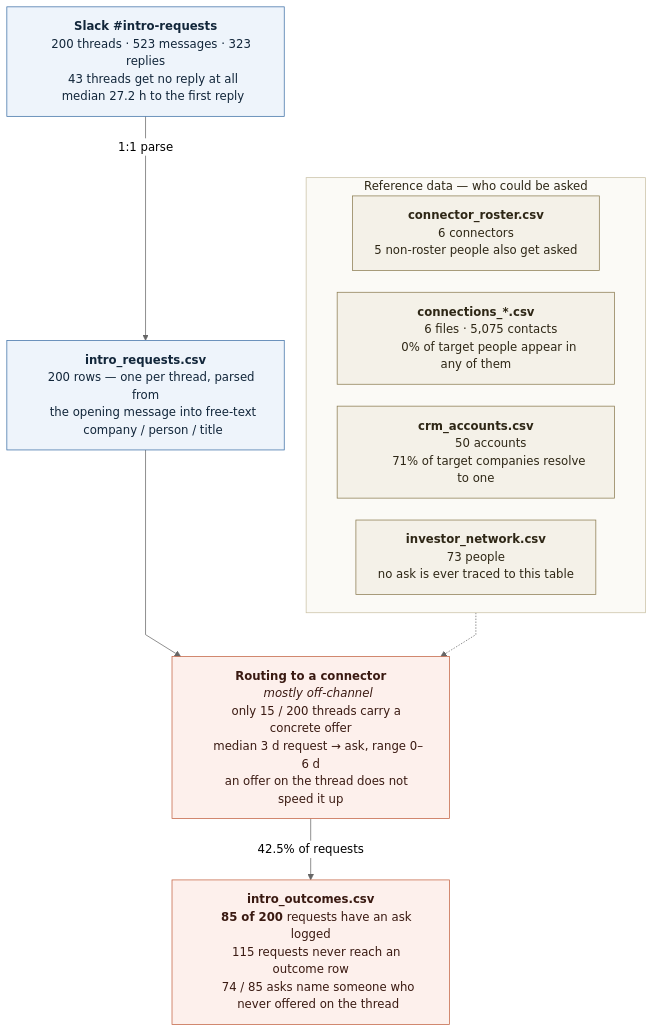
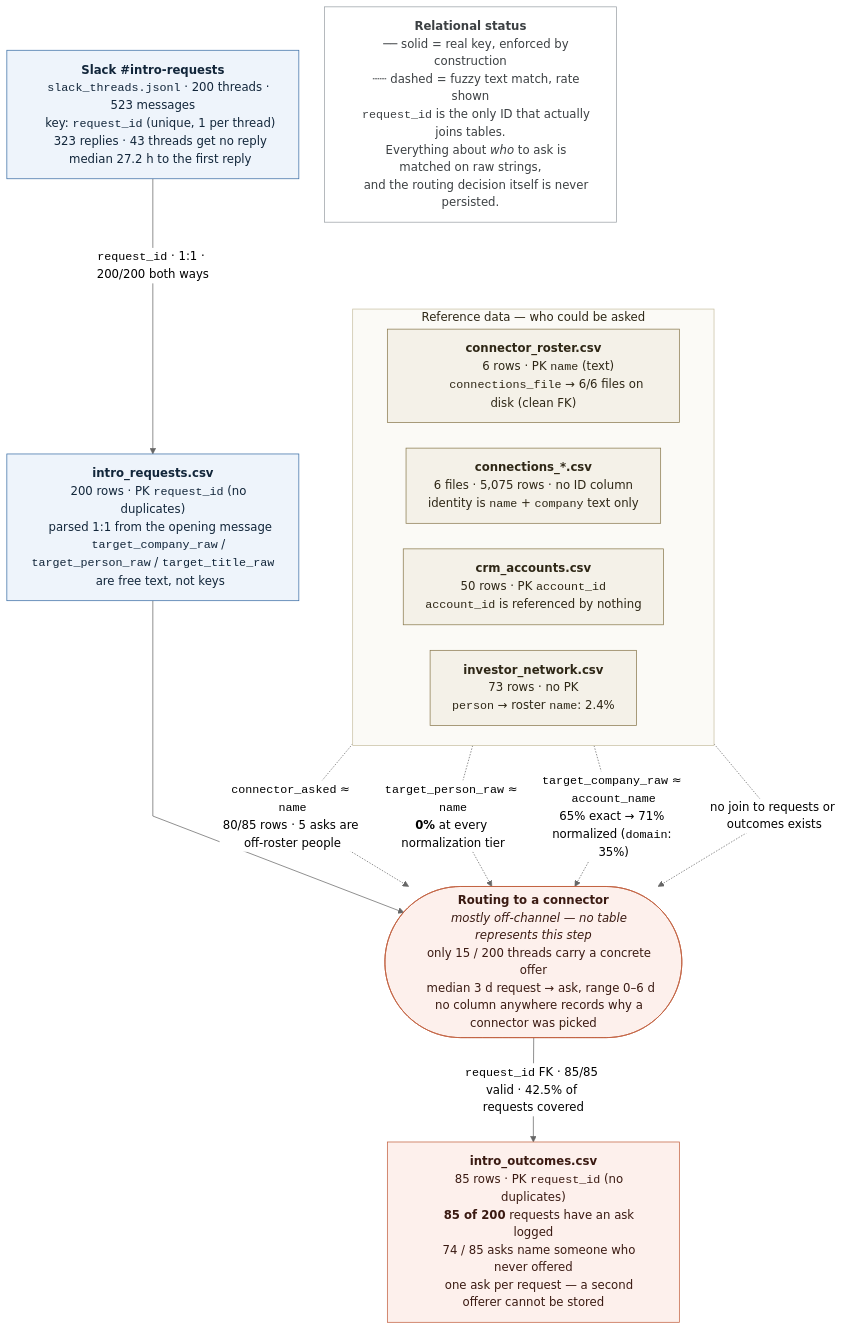
Before and after one commit to veraaw/projecthalyard: the diagram in scoping/routing_flow.mmd, drawn with Mermaid. The commit also changed 2 other files, not shown here.

Commit message:
Annotate routing flow with keys, cardinality and join integrity

```diff
--- a/scoping/routing_flow.mmd
+++ b/scoping/routing_flow.mmd
@@ -1,59 +1,76 @@
 ---
 config:
   theme: neutral
   flowchart:
     curve: linear
     htmlLabels: true
-    nodeSpacing: 30
-    rankSpacing: 60
-    wrappingWidth: 320
+    nodeSpacing: 35
+    rankSpacing: 70
+    wrappingWidth: 340
 ---
 flowchart TB
     A["<b>Slack #intro-requests</b>
-    200 threads · 523 messages · 323 replies
-    43 threads get no reply at all
+    <code>slack_threads.jsonl</code> · 200 threads · 523 messages
+    key: <code>request_id</code> (unique, 1 per thread)
+    323 replies · 43 threads get no reply
     median 27.2 h to the first reply"]
+
     B["<b>intro_requests.csv</b>
-    200 rows — one per thread, parsed from
-    the opening message into free-text
-    company / person / title"]
-    C["<b>Routing to a connector</b>
-    <i>mostly off-channel</i>
+    200 rows · PK <code>request_id</code> (no duplicates)
+    parsed 1:1 from the opening message
+    <code>target_company_raw</code> / <code>target_person_raw</code> / <code>target_title_raw</code>
+    are free text, not keys"]
+
+    C(["<b>Routing to a connector</b>
+    <i>mostly off-channel — no table represents this step</i>
     only 15 / 200 threads carry a concrete offer
     median 3 d request → ask, range 0–6 d
-    an offer on the thread does not speed it up"]
+    no column anywhere records why a connector was picked"])
+
     D["<b>intro_outcomes.csv</b>
+    85 rows · PK <code>request_id</code> (no duplicates)
     <b>85 of 200</b> requests have an ask logged
-    115 requests never reach an outcome row
-    74 / 85 asks name someone who
-    never offered on the thread"]
+    74 / 85 asks name someone who never offered
+    one ask per request — a second offerer cannot be stored"]
 
-    A -->|"1:1 parse"| B
+    A -->|"<code>request_id</code> · 1:1 · 200/200 both ways"| B
     B --> C
-    C -->|"42.5% of requests"| D
+    C -->|"<code>request_id</code> FK · 85/85 valid · 42.5% of requests covered"| D
 
     subgraph ref["Reference data — who could be asked"]
         direction LR
         R1["<b>connector_roster.csv</b>
-        6 connectors
-        5 non-roster people also get asked"]
+        6 rows · PK <code>name</code> (text)
+        <code>connections_file</code> → 6/6 files on disk (clean FK)"]
         R2["<b>connections_*.csv</b>
-        6 files · 5,075 contacts
-        0% of target people appear in any of them"]
+        6 files · 5,075 rows · no ID column
+        identity is <code>name</code> + <code>company</code> text only"]
         R3["<b>crm_accounts.csv</b>
-        50 accounts
-        71% of target companies resolve to one"]
+        50 rows · PK <code>account_id</code>
+        <code>account_id</code> is referenced by nothing"]
         R4["<b>investor_network.csv</b>
-        73 people
-        no ask is ever traced to this table"]
+        73 rows · no PK
+        <code>person</code> → roster <code>name</code>: 2.4%"]
     end
 
-    ref -.-> C
+    R1 -.->|"<code>connector_asked</code> ≈ <code>name</code><br/>80/85 rows · 5 asks are off-roster people"| C
+    R2 -.->|"<code>target_person_raw</code> ≈ <code>name</code><br/><b>0%</b> at every normalization tier"| C
+    R3 -.->|"<code>target_company_raw</code> ≈ <code>account_name</code><br/>65% exact → 71% normalized (<code>domain</code>: 35%)"| C
+    R4 -.->|"no join to requests or outcomes exists"| C
+
+    L["<b>Relational status</b>
+    ── solid = real key, enforced by construction
+    ┄┄ dashed = fuzzy text match, rate shown
+    <code>request_id</code> is the only ID that actually joins tables.
+    Everything about <i>who</i> to ask is matched on raw strings,
+    and the routing decision itself is never persisted."]
 
     classDef stage fill:#eef4fb,stroke:#3b6ea5,stroke-width:1px,color:#12263a;
     classDef gap fill:#fdf0ec,stroke:#c2603f,stroke-width:1px,color:#3a1a12;
     classDef refbox fill:#f4f1e8,stroke:#8a7a4f,stroke-width:1px,color:#2e2716;
+    classDef legend fill:#ffffff,stroke:#9aa0a6,stroke-width:1px,color:#3c4043;
     class A,B stage;
     class C,D gap;
     class R1,R2,R3,R4 refbox;
+    class L legend;
     style ref fill:#fbfaf6,stroke:#c9c0a4,color:#2e2716;
```
